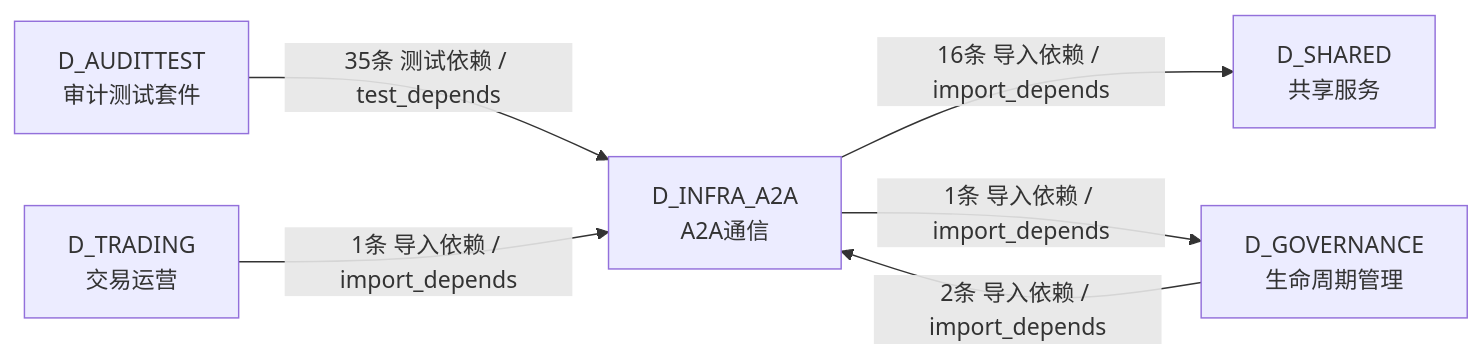
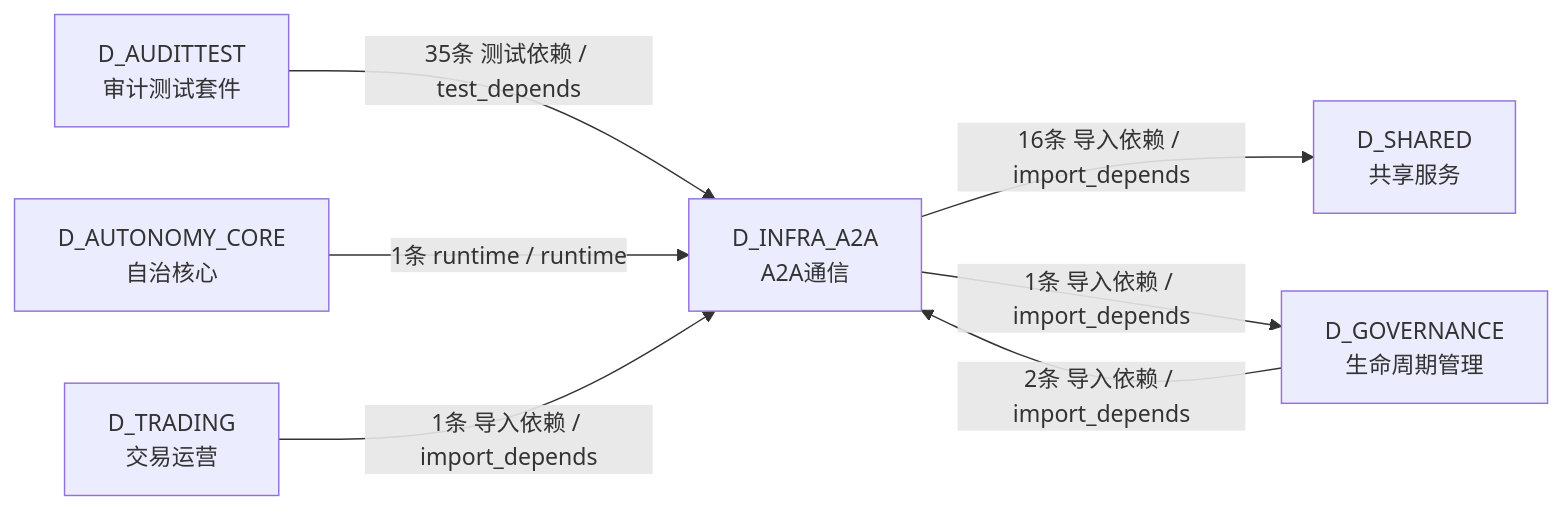
Before and after one commit to xuanFelixVan/ZephyrAlpha: the sixth of 6 diagrams in docs/02_enterprise_architecture/02_domain_architecture_docs/01_d_infra_a2a.md, drawn with Mermaid. The commit also changed other lines of this file and 100 other files, not shown here.

````diff
--- a/docs/02_enterprise_architecture/02_domain_architecture_docs/01_d_infra_a2a.md
+++ b/docs/02_enterprise_architecture/02_domain_architecture_docs/01_d_infra_a2a.md
@@ -685,13 +686,15 @@
 ```mermaid
 graph LR
     D_INFRA_A2A["D_INFRA_A2A<br/>A2A通信"]
     D_SHARED["D_SHARED<br/>共享服务"]
     D_GOVERNANCE["D_GOVERNANCE<br/>生命周期管理"]
     D_AUDITTEST["D_AUDITTEST<br/>审计测试套件"]
+    D_AUTONOMY_CORE["D_AUTONOMY_CORE<br/>自治核心"]
     D_TRADING["D_TRADING<br/>交易运营"]
     D_INFRA_A2A -->|16条 导入依赖 / import_depends| D_SHARED
     D_INFRA_A2A -->|1条 导入依赖 / import_depends| D_GOVERNANCE
     D_AUDITTEST -->|35条 测试依赖 / test_depends| D_INFRA_A2A
     D_GOVERNANCE -->|2条 导入依赖 / import_depends| D_INFRA_A2A
+    D_AUTONOMY_CORE -->|1条 runtime / runtime| D_INFRA_A2A
     D_TRADING -->|1条 导入依赖 / import_depends| D_INFRA_A2A
 ```
````
